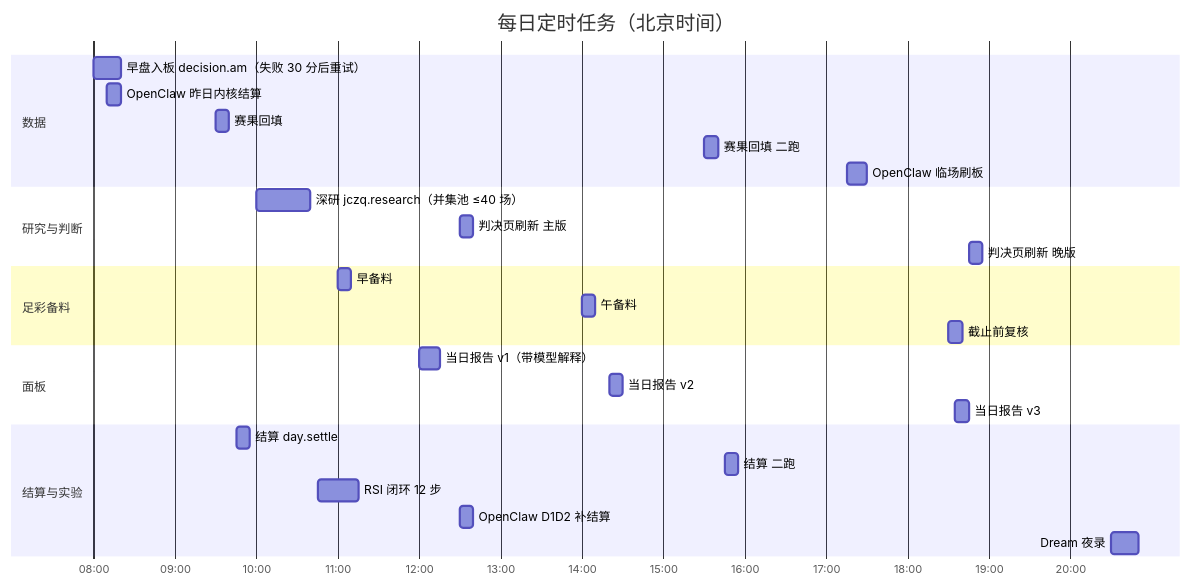
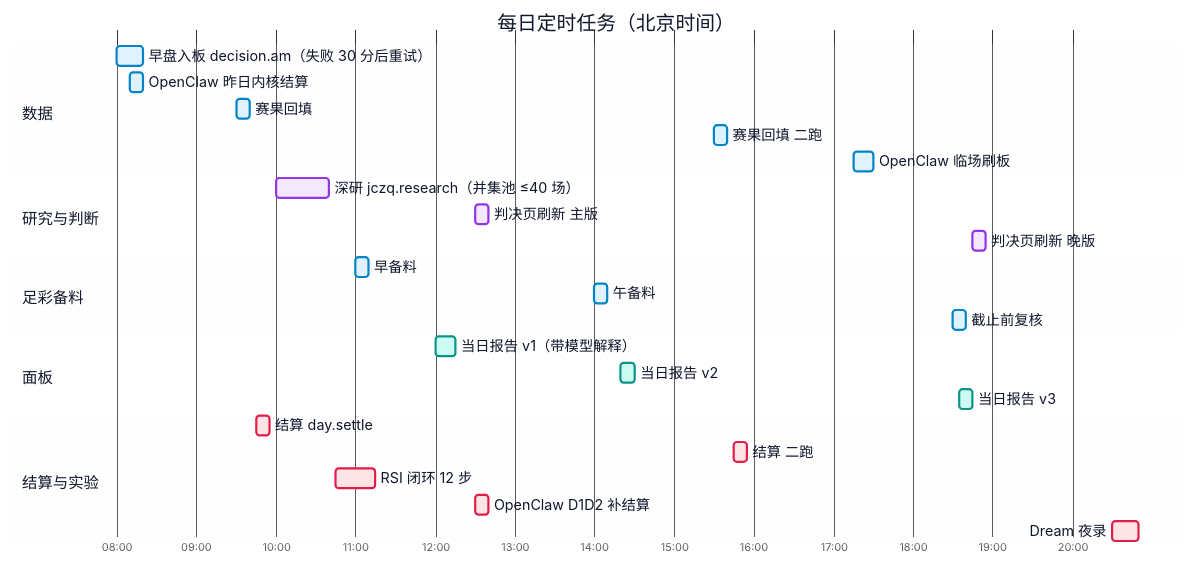
The second of 10 diagrams in docs/ARCHITECTURE.md (Jerenus/Nutmeg), drawn with Mermaid before and after one commit. The commit also changed other lines of this file and 3 other files, not shown here.

````diff
--- a/docs/ARCHITECTURE.md
+++ b/docs/ARCHITECTURE.md
@@ -87,30 +147,31 @@
 ```mermaid
+%%{init: {"theme": "base", "themeCSS": ".grid .tick line { stroke: #E2E8F0; } .grid path { stroke: none; } .sectionTitle { font-weight: 600; }", "themeVariables": {"fontSize": "14px", "taskBkgColor": "#F3E8FF", "taskBorderColor": "#9333EA", "doneTaskBkgColor": "#E0F2FE", "doneTaskBorderColor": "#0284C7", "activeTaskBkgColor": "#CCFBF1", "activeTaskBorderColor": "#0D9488", "critBkgColor": "#FFE4E6", "critBorderColor": "#E11D48", "taskTextColor": "#0F172A", "taskTextDarkColor": "#0F172A", "taskTextOutsideColor": "#0F172A", "taskTextLightColor": "#0F172A", "sectionBkgColor": "#F8FAFC", "altSectionBkgColor": "#FFFFFF", "sectionBkgColor2": "#F8FAFC", "gridColor": "#E2E8F0", "titleColor": "#0F172A", "todayLineColor": "transparent"}, "gantt": {"barHeight": 18, "barGap": 6, "topPadding": 40, "leftPadding": 96, "fontSize": 13, "sectionFontSize": 14}}}%%
 gantt
   title 每日定时任务（北京时间）
   dateFormat HH:mm
   axisFormat %H:%M
   section 数据
-  早盘入板 decision.am（失败 30 分后重试）   :a1, 08:00, 20m
-  OpenClaw 昨日内核结算                      :a2, 08:10, 10m
-  赛果回填                                   :a3, 09:30, 10m
-  赛果回填 二跑                              :a4, 15:30, 10m
-  OpenClaw 临场刷板                          :a5, 17:15, 15m
+  早盘入板 decision.am（失败 30 分后重试）   :done, a1, 08:00, 20m
+  OpenClaw 昨日内核结算                      :done, a2, 08:10, 10m
+  赛果回填                                   :done, a3, 09:30, 10m
+  赛果回填 二跑                              :done, a4, 15:30, 10m
+  OpenClaw 临场刷板                          :done, a5, 17:15, 15m
   section 研究与判断
   深研 jczq.research（并集池 ≤40 场）        :b1, 10:00, 40m
   判决页刷新 主版                            :b2, 12:30, 10m
   判决页刷新 晚版                            :b3, 18:45, 10m
   section 足彩备料
-  早备料                                     :c1, 11:00, 10m
-  午备料                                     :c2, 14:00, 10m
-  截止前复核                                 :c3, 18:30, 10m
+  早备料                                     :done, c1, 11:00, 10m
+  午备料                                     :done, c2, 14:00, 10m
+  截止前复核                                 :done, c3, 18:30, 10m
   section 面板
-  当日报告 v1（带模型解释）                  :d1, 12:00, 15m
-  当日报告 v2                                :d2, 14:20, 10m
-  当日报告 v3                                :d3, 18:35, 10m
+  当日报告 v1（带模型解释）                  :active, d1, 12:00, 15m
+  当日报告 v2                                :active, d2, 14:20, 10m
+  当日报告 v3                                :active, d3, 18:35, 10m
   section 结算与实验
-  结算 day.settle                            :e1, 09:45, 10m
-  结算 二跑                                  :e2, 15:45, 10m
-  RSI 闭环 12 步                             :e3, 10:45, 30m
-  OpenClaw D1D2 补结算                       :e4, 12:30, 10m
-  Dream 夜录                                 :e5, 20:30, 20m
+  结算 day.settle                            :crit, e1, 09:45, 10m
+  结算 二跑                                  :crit, e2, 15:45, 10m
+  RSI 闭环 12 步                             :crit, e3, 10:45, 30m
+  OpenClaw D1D2 补结算                       :crit, e4, 12:30, 10m
+  Dream 夜录                                 :crit, e5, 20:30, 20m
 ```
````
